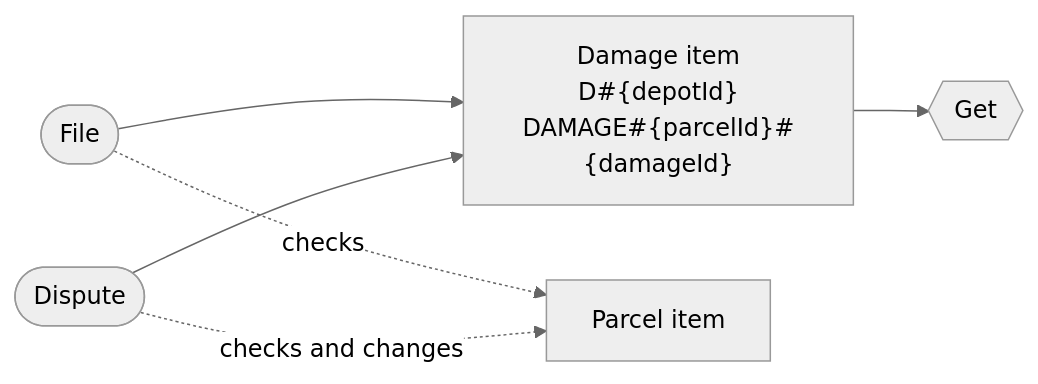
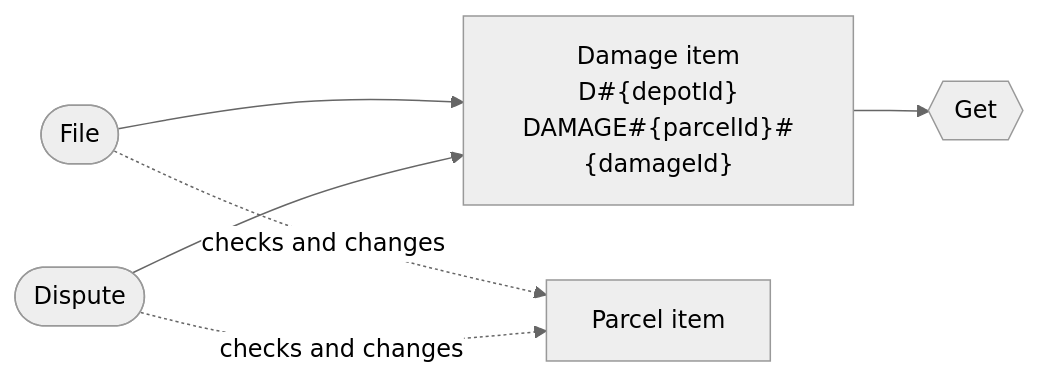
The seventh of 7 diagrams in internal/e2e/fixture/fixture.model.md (nicklanng/dynago), drawn with Mermaid (neutral theme) before and after one commit. The commit also changed other lines of this file and 16 other files, not shown here.

````diff
--- a/internal/e2e/fixture/fixture.model.md
+++ b/internal/e2e/fixture/fixture.model.md
@@ -398,14 +402,14 @@
 ```mermaid
 flowchart LR
   item_Damage["Damage item<br/>D#35;{depotId}<br/>DAMAGE#35;{parcelId}#35;{damageId}"]
   w_File(["File"])
   w_File --> item_Damage
   other_Parcel["Parcel item"]
-  w_File -. checks .-> other_Parcel
+  w_File -. checks and changes .-> other_Parcel
   w_Dispute(["Dispute"])
   w_Dispute --> item_Damage
   other_Parcel["Parcel item"]
   w_Dispute -. checks and changes .-> other_Parcel
   r_Get{{"Get"}}
   item_Damage --> r_Get
 ```
````
